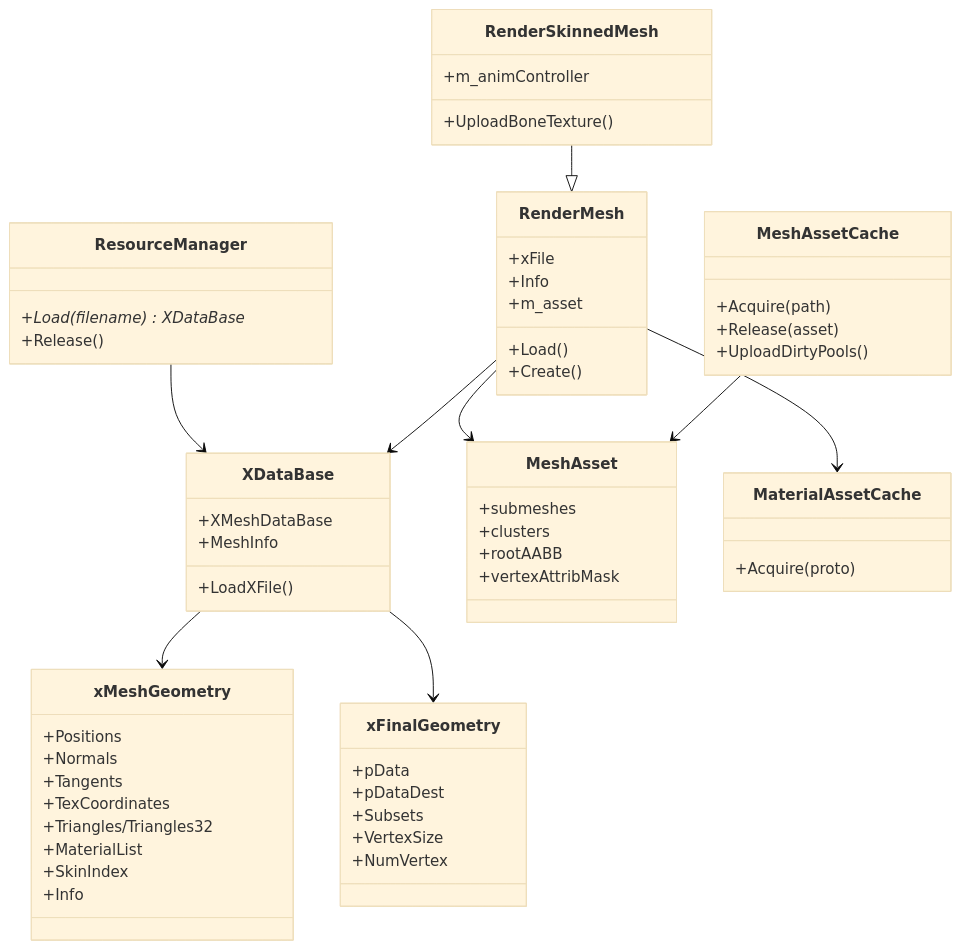
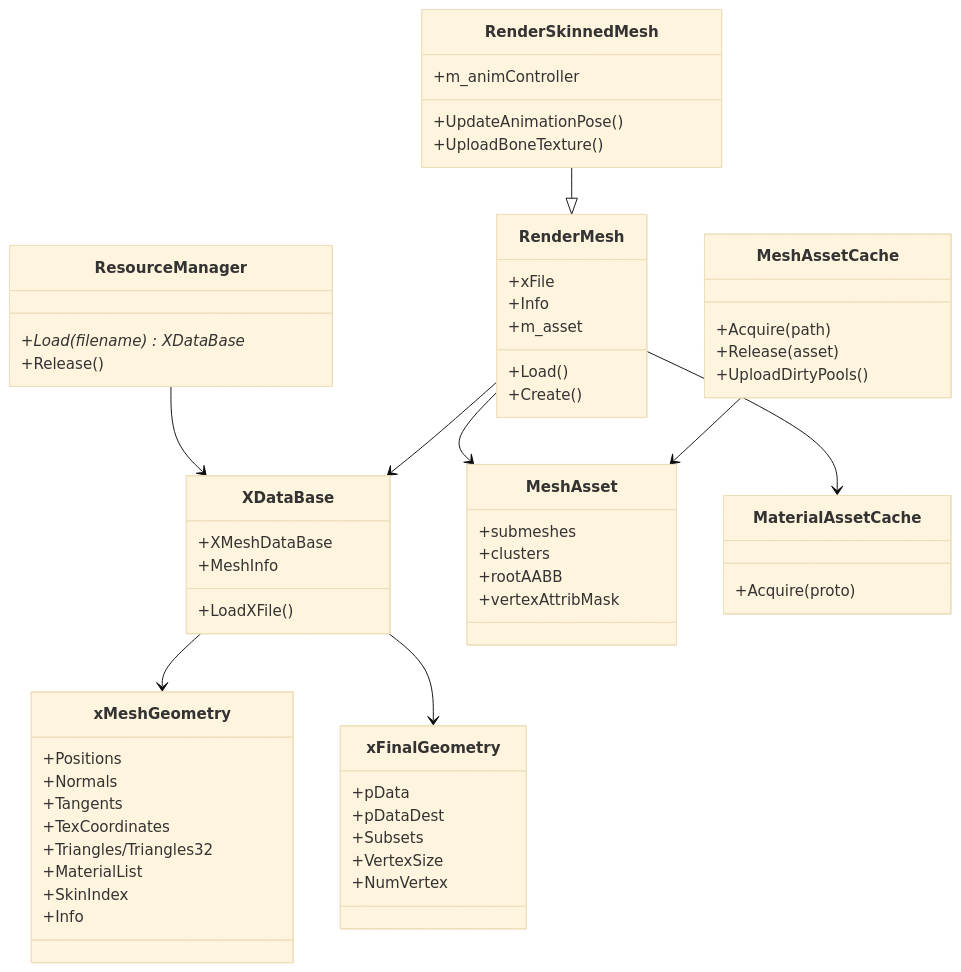
The second of 7 diagrams in documentation/geometry/loading-geometry.md (0Camus0/T850), drawn with Mermaid (base theme) before and after one commit. The commit also changed 92 other files, not shown here.

````diff
--- a/documentation/geometry/loading-geometry.md
+++ b/documentation/geometry/loading-geometry.md
@@ -71,62 +71,63 @@
 ```mermaid
 classDiagram
   class ResourceManager {
     +Load(filename) XDataBase*
     +Release()
   }
   class XDataBase {
     +XMeshDataBase
     +MeshInfo
     +LoadXFile()
   }
   class xMeshGeometry {
     +Positions
     +Normals
     +Tangents
     +TexCoordinates
     +Triangles/Triangles32
     +MaterialList
     +SkinIndex
     +Info
   }
   class xFinalGeometry {
     +pData
     +pDataDest
     +Subsets
     +VertexSize
     +NumVertex
   }
   class RenderMesh {
     +xFile
     +Info
     +m_asset
     +Load()
     +Create()
   }
   class RenderSkinnedMesh {
     +m_animController
+    +UpdateAnimationPose()
     +UploadBoneTexture()
   }
   class MeshAssetCache {
     +Acquire(path)
     +Release(asset)
     +UploadDirtyPools()
   }
   class MeshAsset {
     +submeshes
     +clusters
     +rootAABB
     +vertexAttribMask
   }
   class MaterialAssetCache {
     +Acquire(proto)
   }
   ResourceManager --> XDataBase
   XDataBase --> xMeshGeometry
   XDataBase --> xFinalGeometry
   RenderMesh --> XDataBase
   RenderMesh --> MeshAsset
   RenderSkinnedMesh --|> RenderMesh
   MeshAssetCache --> MeshAsset
   RenderMesh --> MaterialAssetCache
 ```
````
